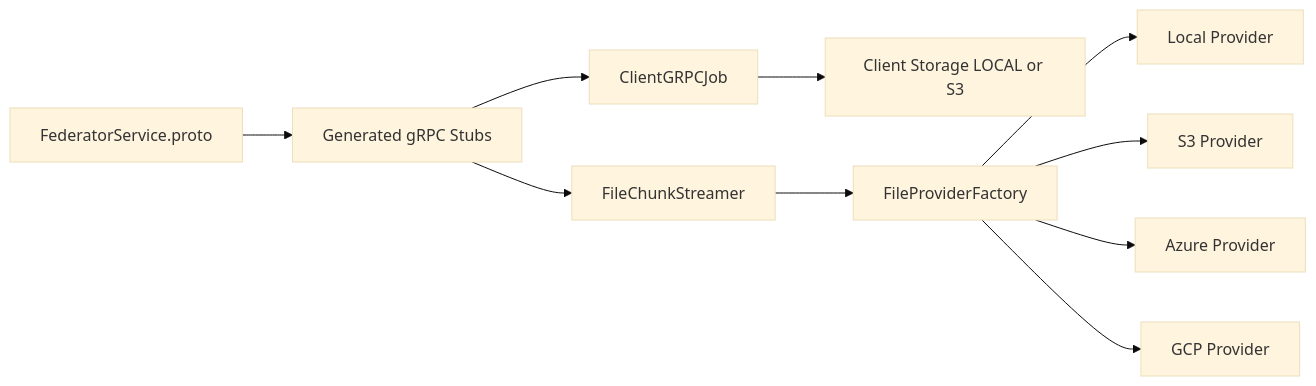
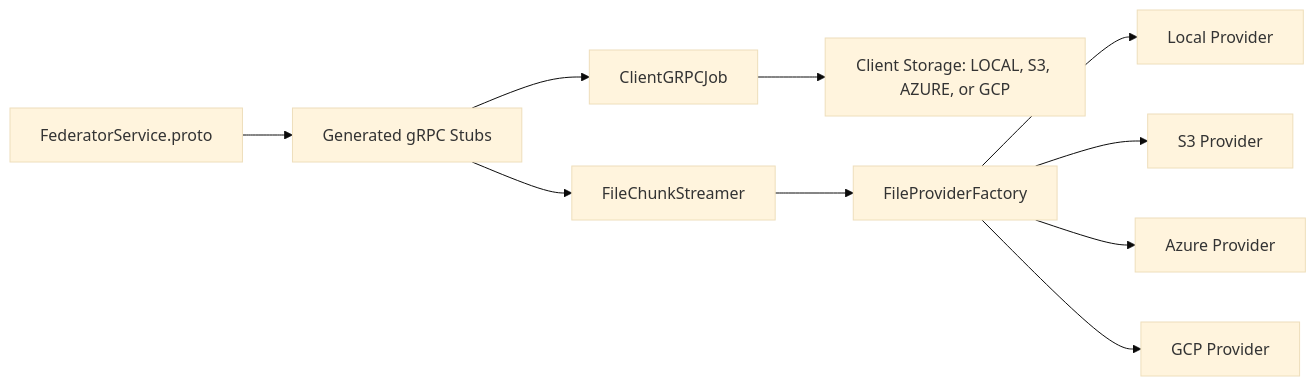
Before and after one commit to National-Digital-Twin/federator: the tenth of 10 diagrams in docs/FILE_STREAMINING_README.md, drawn with Mermaid (base theme). The commit also changed other lines of this file and 7 other files, not shown here.

````diff
--- a/docs/FILE_STREAMINING_README.md
+++ b/docs/FILE_STREAMINING_README.md
@@ -572,12 +601,12 @@
 ```mermaid
 flowchart LR
     Proto[FederatorService.proto] --> Gen[Generated gRPC Stubs]
     Gen --> Server[FileChunkStreamer]
     Gen --> Client[ClientGRPCJob]
-    Client --> CStore[Client Storage LOCAL or S3]
+    Client --> CStore[Client Storage: LOCAL, S3, AZURE, or GCP]
     Server --> SProv[FileProviderFactory]
     SProv --> LProv[Local Provider]
     SProv --> S3Prov[S3 Provider]
     SProv --> AzProv[Azure Provider]
     SProv --> GCPProv[GCP Provider]
 ```
````
